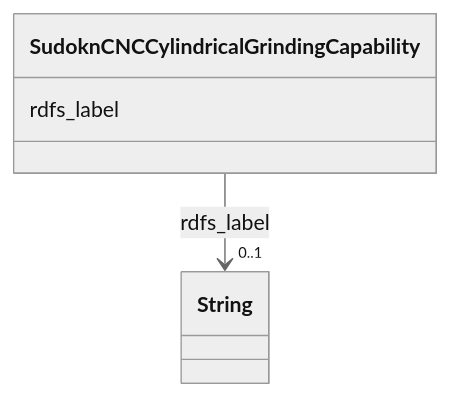
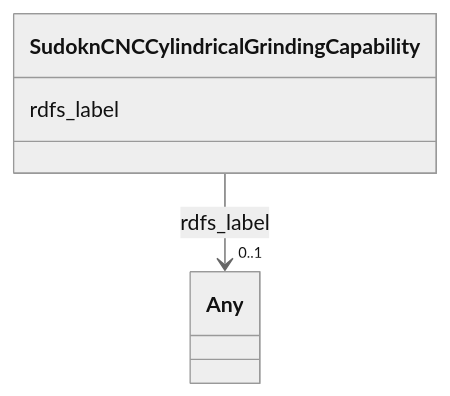
Before and after one commit to frink-okn/graph-descriptions: the diagram in sudokn-kg/classes/SudoknCNCCylindricalGrindingCapability.md, drawn with Mermaid (neutral theme). The commit also changed other lines of this file and 903 other files, not shown here.

````diff
--- a/sudokn-kg/classes/SudoknCNCCylindricalGrindingCapability.md
+++ b/sudokn-kg/classes/SudoknCNCCylindricalGrindingCapability.md
@@ -23,15 +18,15 @@
 ```mermaid
  classDiagram
     class SudoknCNCCylindricalGrindingCapability
     click SudoknCNCCylindricalGrindingCapability href "../SudoknCNCCylindricalGrindingCapability"
       SudoknCNCCylindricalGrindingCapability : rdfs_label
         
           
     
     
-    SudoknCNCCylindricalGrindingCapability --> "0..1" String : rdfs_label
-    click String href "../String"
+    SudoknCNCCylindricalGrindingCapability --> "0..1" Any : rdfs_label
+    click Any href "../Any"
 
         
       
 ```
````
